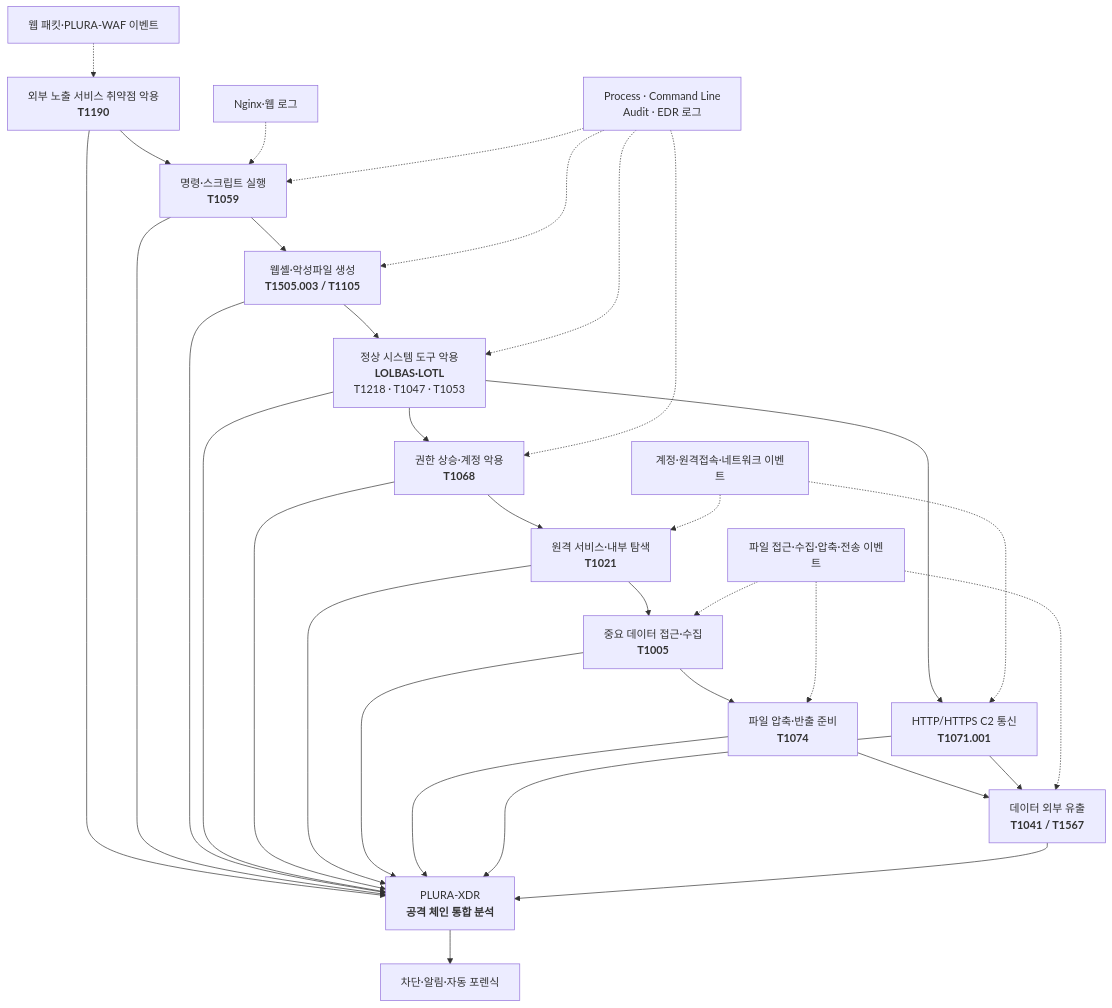
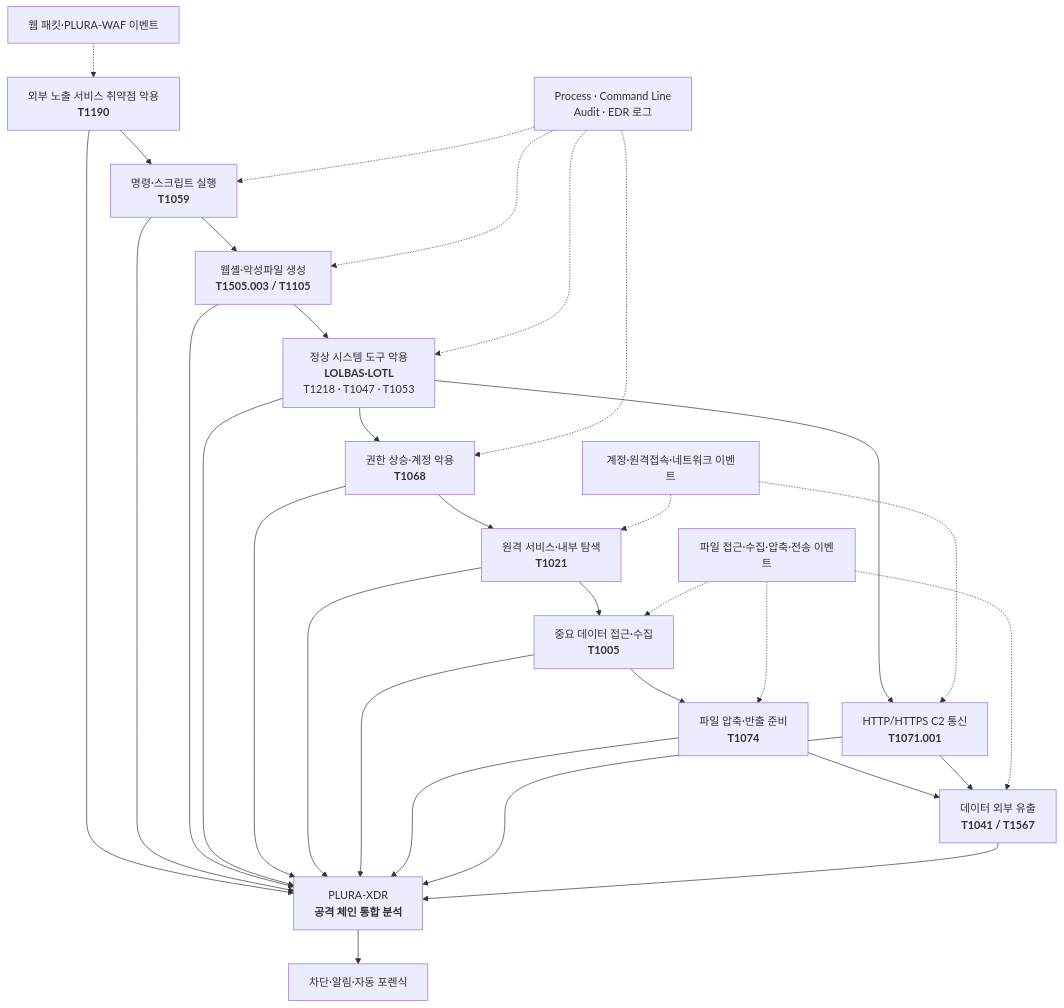
Before and after one commit to qubitsec/plura: the third of 5 diagrams in ko/proposal/lg/poc-full.md, drawn with Mermaid.

````diff
--- a/ko/proposal/lg/poc-full.md
+++ b/ko/proposal/lg/poc-full.md
@@ -180,49 +180,47 @@
 ```mermaid
 flowchart TB
     T1190["외부 노출 서비스 취약점 악용<br/><b>T1190</b>"]
     EXEC["명령·스크립트 실행<br/><b>T1059</b>"]
     SHELL["웹셸·악성파일 생성<br/><b>T1505.003 / T1105</b>"]
     LOTL["정상 시스템 도구 악용<br/><b>LOLBAS·LOTL</b><br/>T1218 · T1047 · T1053"]
     PRIV["권한 상승·계정 악용<br/><b>T1068</b>"]
     MOVE["원격 서비스·내부 탐색<br/><b>T1021</b>"]
     COLLECT["중요 데이터 접근·수집<br/><b>T1005</b>"]
     STAGE["파일 압축·반출 준비<br/><b>T1074</b>"]
     C2["HTTP/HTTPS C2 통신<br/><b>T1071.001</b>"]
     EXFIL["데이터 외부 유출<br/><b>T1041 / T1567</b>"]
 
     P1["웹 패킷·PLURA-WAF 이벤트"]
-    P2["Nginx·웹 로그"]
     P3["Process · Command Line<br/>Audit · EDR 로그"]
     P4["계정·원격접속·네트워크 이벤트"]
     P5["파일 접근·수집·압축·전송 이벤트"]
     XDR["PLURA-XDR<br/><b>공격 체인 통합 분석</b>"]
     RESP["차단·알림·자동 포렌식"]
 
     T1190 --> EXEC --> SHELL --> LOTL --> PRIV --> MOVE
     MOVE --> COLLECT --> STAGE --> EXFIL
     LOTL --> C2 --> EXFIL
 
     P1 -.-> T1190
-    P2 -.-> EXEC
     P3 -.-> EXEC
     P3 -.-> SHELL
     P3 -.-> LOTL
     P3 -.-> PRIV
     P4 -.-> MOVE
     P4 -.-> C2
     P5 -.-> COLLECT
     P5 -.-> STAGE
     P5 -.-> EXFIL
 
     T1190 --> XDR
     EXEC --> XDR
     SHELL --> XDR
     LOTL --> XDR
     PRIV --> XDR
     MOVE --> XDR
     COLLECT --> XDR
     STAGE --> XDR
     C2 --> XDR
     EXFIL --> XDR
     XDR --> RESP
 ```
````
